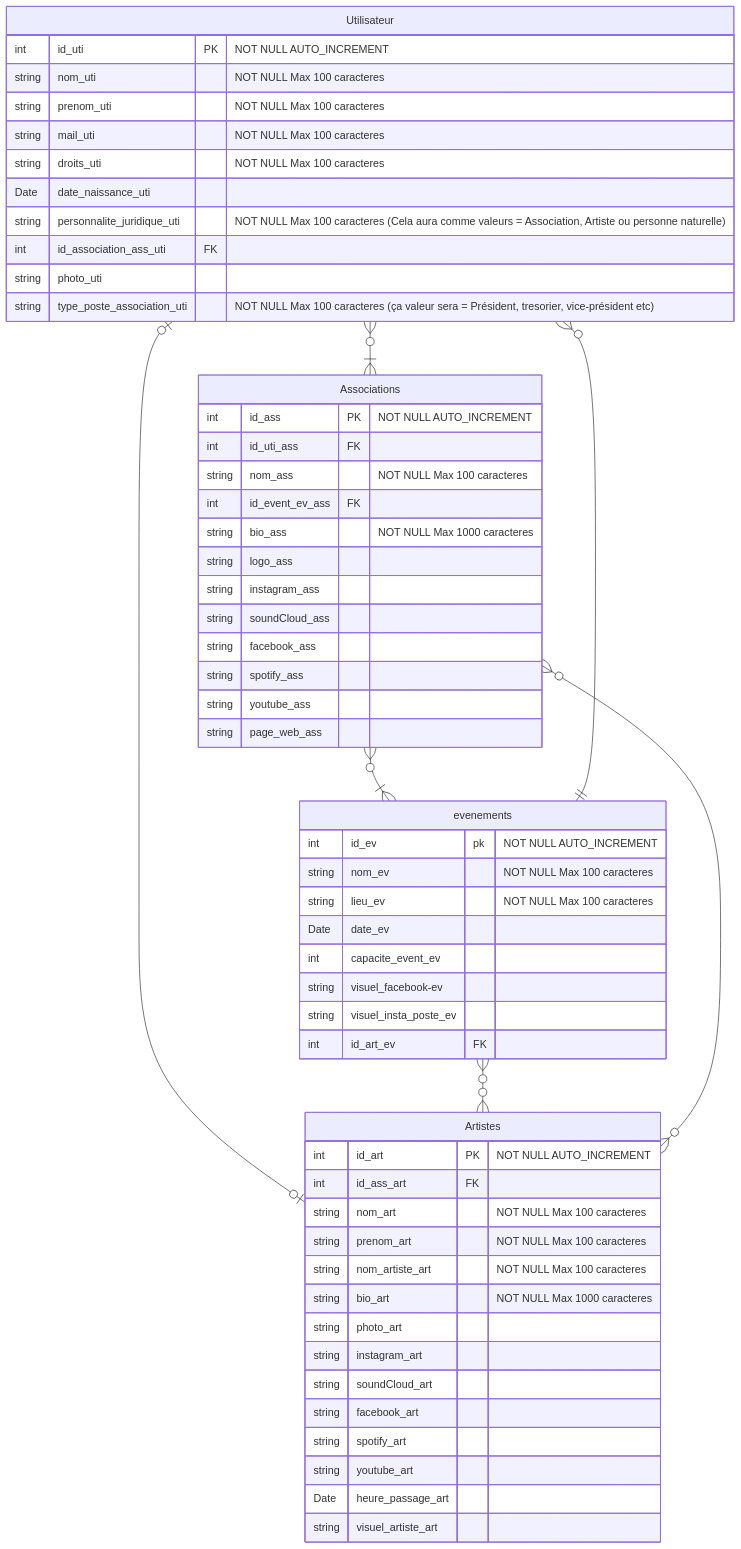
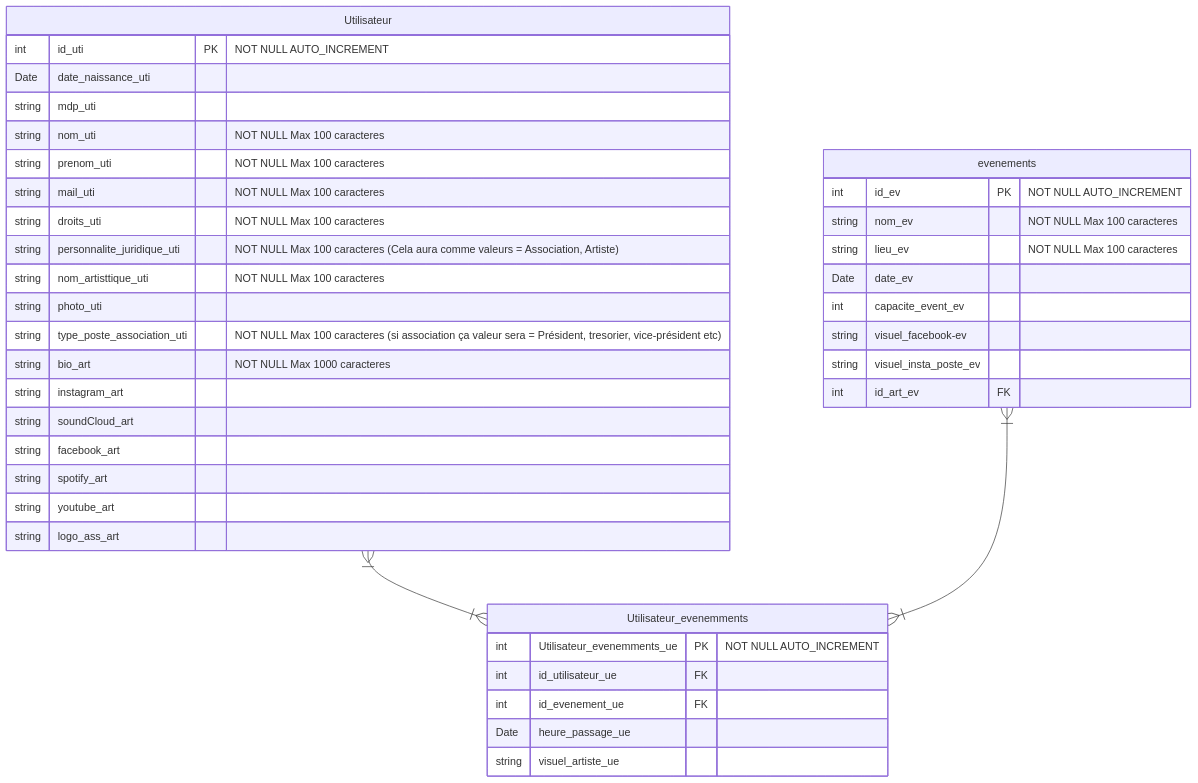
One commit to jmartinezsusunaga/tulutzBDD changed the first of 2 diagrams in test.md. Above: the diagram before and after it, drawn with Mermaid.

Commit message:
modif bdd

````diff
--- a/test.md
+++ b/test.md
@@ -4,68 +4,50 @@
 ```mermaid
 erDiagram
-    Utilisateur }o--|{ Associations : ""
-    Utilisateur |o--o| Artistes : ""
+    
+    Utilisateur }|--|{ Utilisateur_evenemments : ""
+    evenements }|--|{ Utilisateur_evenemments : ""
+
+ 
     Utilisateur {
         int id_uti PK "NOT NULL AUTO_INCREMENT"
+        Date date_naissance_uti
+        string mdp_uti
         string nom_uti "NOT NULL Max 100 caracteres"
         string prenom_uti "NOT NULL Max 100 caracteres"
         string mail_uti "NOT NULL Max 100 caracteres"
         string droits_uti "NOT NULL Max 100 caracteres"
-        Date date_naissance_uti
-        string personnalite_juridique_uti "NOT NULL Max 100 caracteres (Cela aura comme valeurs = Association, Artiste ou personne naturelle)"
-        int id_association_ass_uti FK
+        string personnalite_juridique_uti "NOT NULL Max 100 caracteres (Cela aura comme valeurs = Association, Artiste)"
+        string nom_artisttique_uti "NOT NULL Max 100 caracteres"
         string photo_uti 
-        string type_poste_association_uti "NOT NULL Max 100 caracteres (ça valeur sera = Président, tresorier, vice-président etc)"
-    }
-
-    Artistes }o--o{ Associations : ""
-    Artistes {
-        int id_art PK "NOT NULL AUTO_INCREMENT"
-        int id_ass_art FK
-        string nom_art "NOT NULL Max 100 caracteres"
-        string prenom_art "NOT NULL Max 100 caracteres"
-        string nom_artiste_art "NOT NULL Max 100 caracteres"
+        string type_poste_association_uti "NOT NULL Max 100 caracteres (si association ça valeur sera = Président, tresorier, vice-président etc)"
         string bio_art "NOT NULL Max 1000 caracteres"
-        string photo_art 
         string instagram_art
         string soundCloud_art
         string facebook_art
         string spotify_art
         string youtube_art
-        Date heure_passage_art
-        string visuel_artiste_art
-
+        string logo_ass_art
     }
 
-    Associations }o--|{ evenements : ""
-    Associations {
-        int id_ass PK "NOT NULL AUTO_INCREMENT"
-        int id_uti_ass FK
-        string nom_ass "NOT NULL Max 100 caracteres"
-        int id_event_ev_ass FK
-        string bio_ass "NOT NULL Max 1000 caracteres"
-        string logo_ass
-        string instagram_ass
-        string soundCloud_ass
-        string facebook_ass
-        string spotify_ass
-        string youtube_ass 
-        string page_web_ass
-
+    Utilisateur_evenemments {
+        int Utilisateur_evenemments_ue PK "NOT NULL AUTO_INCREMENT"
+        int id_utilisateur_ue FK
+        int id_evenement_ue FK
+        Date heure_passage_ue
+        string visuel_artiste_ue
     }
 
-    evenements }o--o{ Artistes : ""
-    evenements ||--o{ Utilisateur : ""
+  
     evenements {
-        int id_ev pk "NOT NULL AUTO_INCREMENT"
+        int id_ev PK "NOT NULL AUTO_INCREMENT"
         string nom_ev "NOT NULL Max 100 caracteres"
         string lieu_ev "NOT NULL Max 100 caracteres"
         Date date_ev
         int capacite_event_ev
         string visuel_facebook-ev
         string visuel_insta_poste_ev
         int id_art_ev FK
     }
 
 
 ```
````
